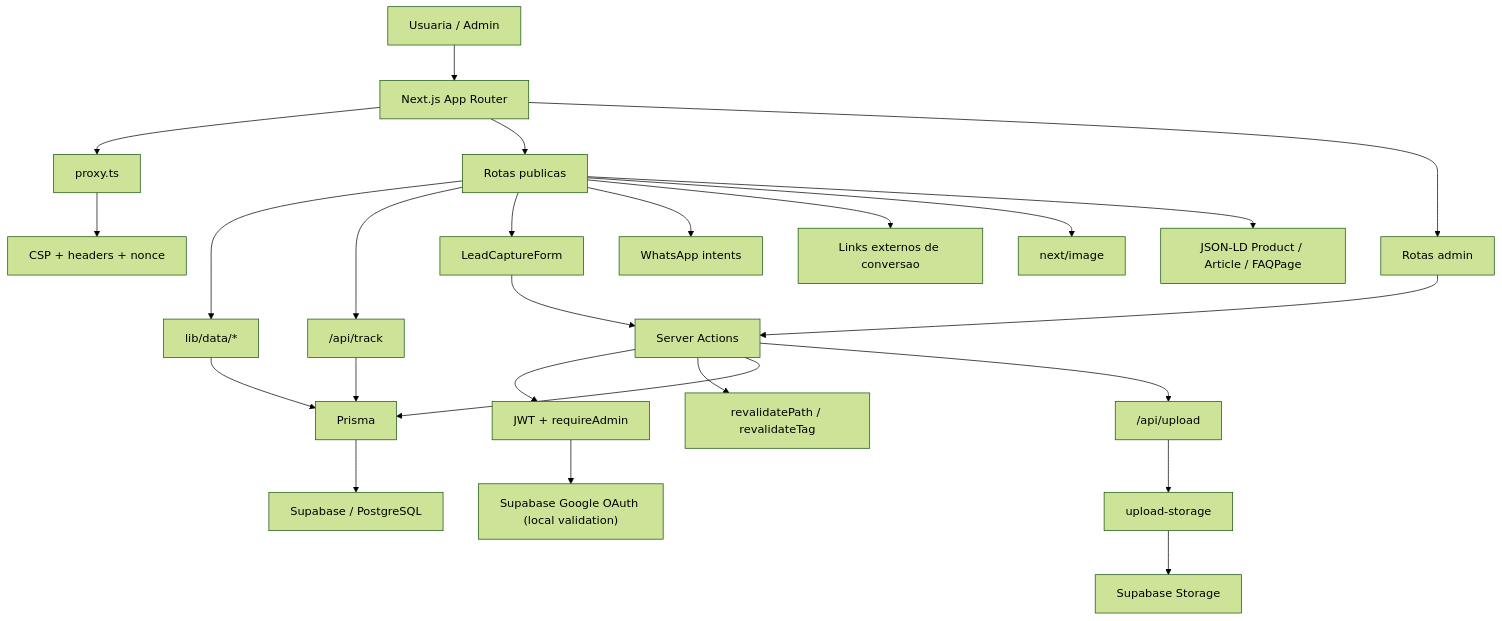
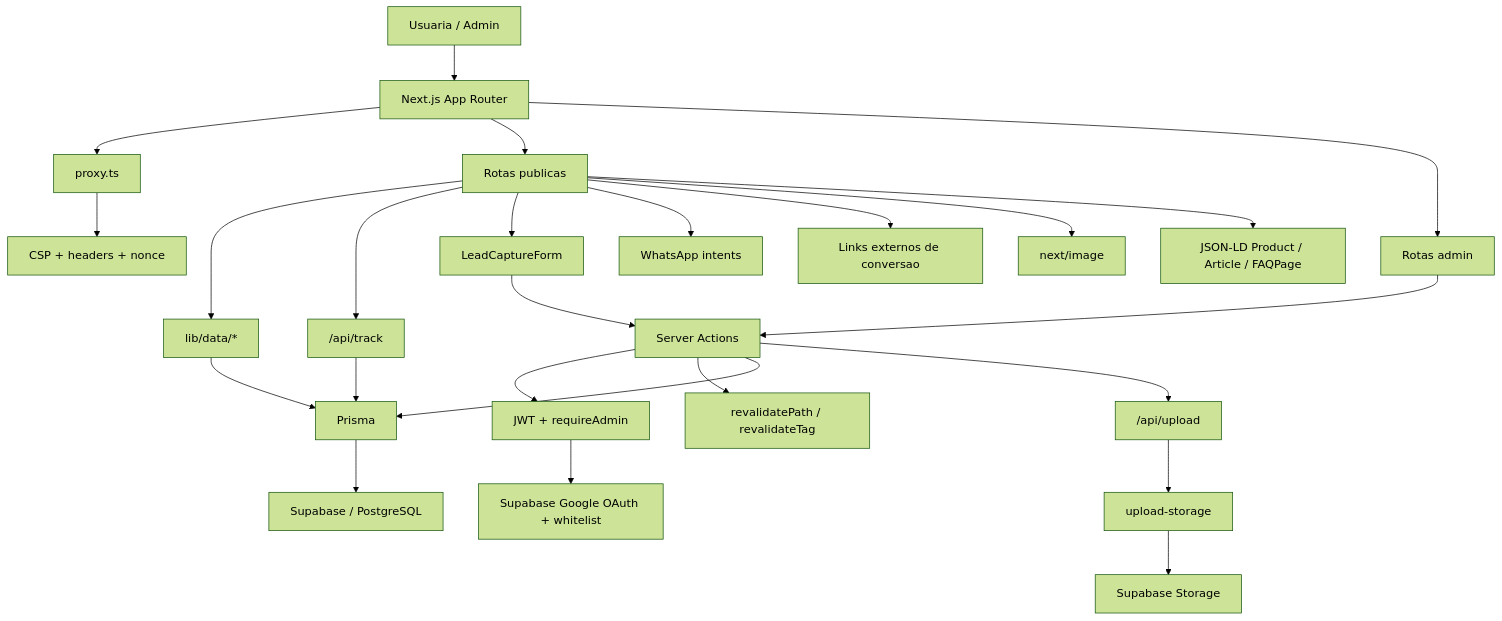
One commit to Jampras/Eliane-Marques changed the diagram in docs/DOCUMENTACAO_TECNICA_ELIANE_MARQUES.md. Above: the diagram before and after it, drawn with Mermaid (forest theme). The commit also changed other lines of this file and 5 other files, not shown here.

````diff
--- a/docs/DOCUMENTACAO_TECNICA_ELIANE_MARQUES.md
+++ b/docs/DOCUMENTACAO_TECNICA_ELIANE_MARQUES.md
@@ -56,27 +56,27 @@
 ```mermaid
 flowchart TD
     U["Usuaria / Admin"] --> FE["Next.js App Router"]
     FE --> PROXY["proxy.ts"]
     PROXY --> SEC["CSP + headers + nonce"]
     FE --> PUB["Rotas publicas"]
     FE --> ADM["Rotas admin"]
     ADM --> ACT["Server Actions"]
     ACT --> AUTH["JWT + requireAdmin"]
-    AUTH --> OAUTH["Supabase Google OAuth (local validation)"]
+    AUTH --> OAUTH["Supabase Google OAuth + whitelist"]
     ACT --> CACHE["revalidatePath / revalidateTag"]
     PUB --> DATA["lib/data/*"]
     DATA --> PRISMA["Prisma"]
     ACT --> PRISMA
     PRISMA --> DB["Supabase / PostgreSQL"]
     PUB --> TRACK["/api/track"]
     TRACK --> PRISMA
     ACT --> UP["/api/upload"]
     UP --> ST["upload-storage"]
     ST --> SUPA["Supabase Storage"]
     PUB --> LEAD["LeadCaptureForm"]
     LEAD --> ACT
     PUB --> WA["WhatsApp intents"]
     PUB --> EXT["Links externos de conversao"]
     PUB --> IMG["next/image"]
     PUB --> SEO["JSON-LD Product / Article / FAQPage"]
 ```
````
